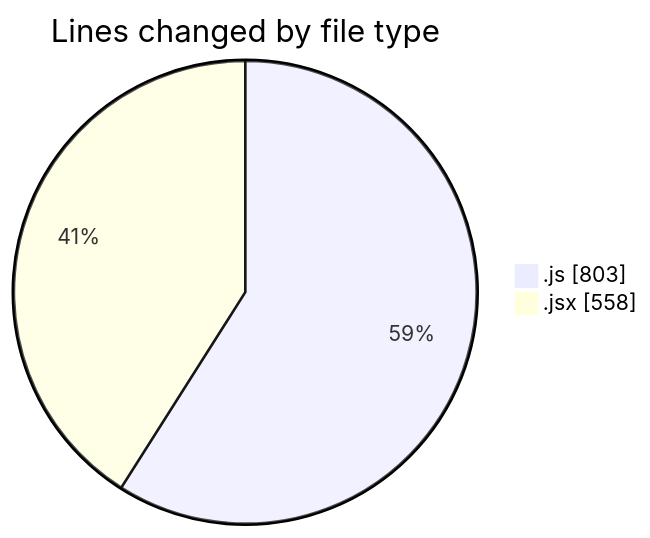
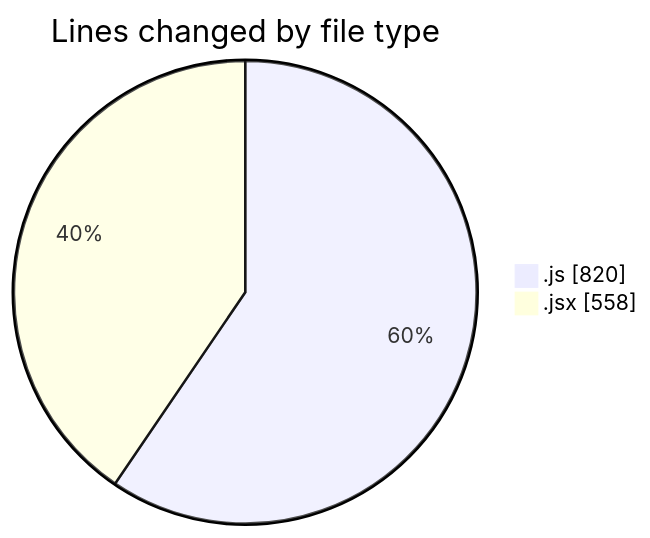
The first of 2 diagrams in 2025-08-05/nxtqube_webapp/README.md (nxtqubesakshisongat/code-tracking), drawn with Mermaid before and after one commit. The commit also changed other lines of this file and 1 other file, not shown here.

````diff
--- a/2025-08-05/nxtqube_webapp/README.md
+++ b/2025-08-05/nxtqube_webapp/README.md
@@ -22,6 +22,6 @@
 ```mermaid
 pie showData
 title Lines changed by file type
-".js" : 803
+".js" : 820
 ".jsx" : 558
 ```
````
